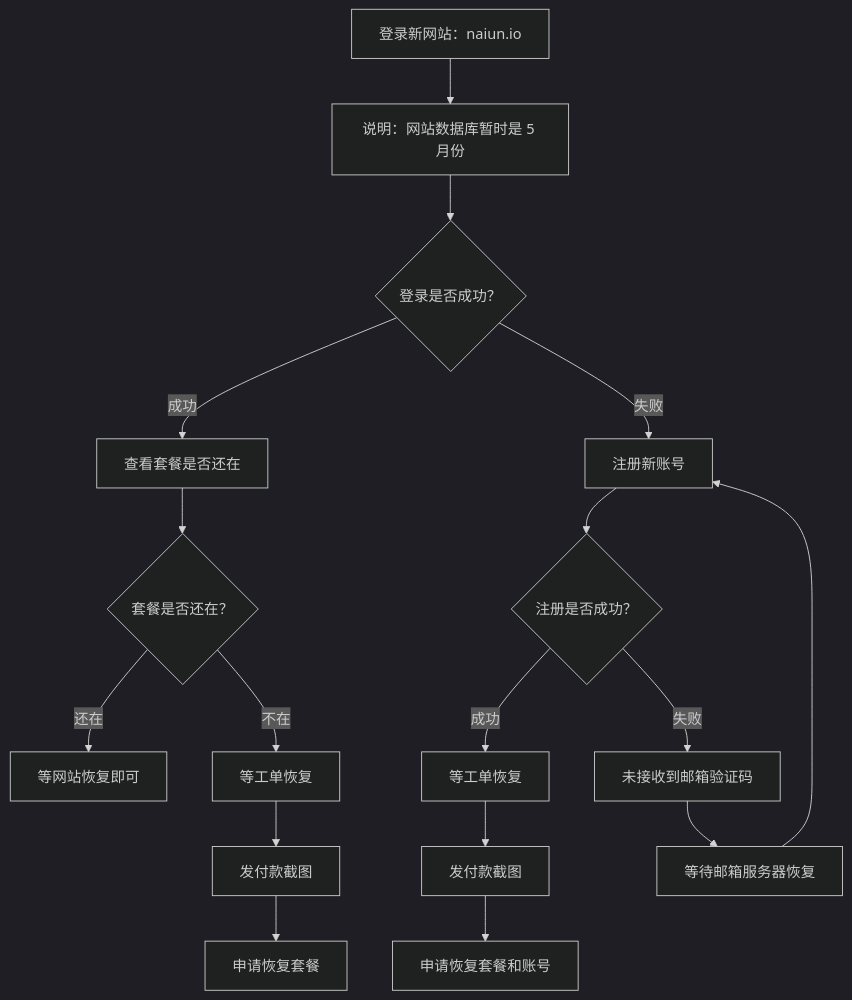
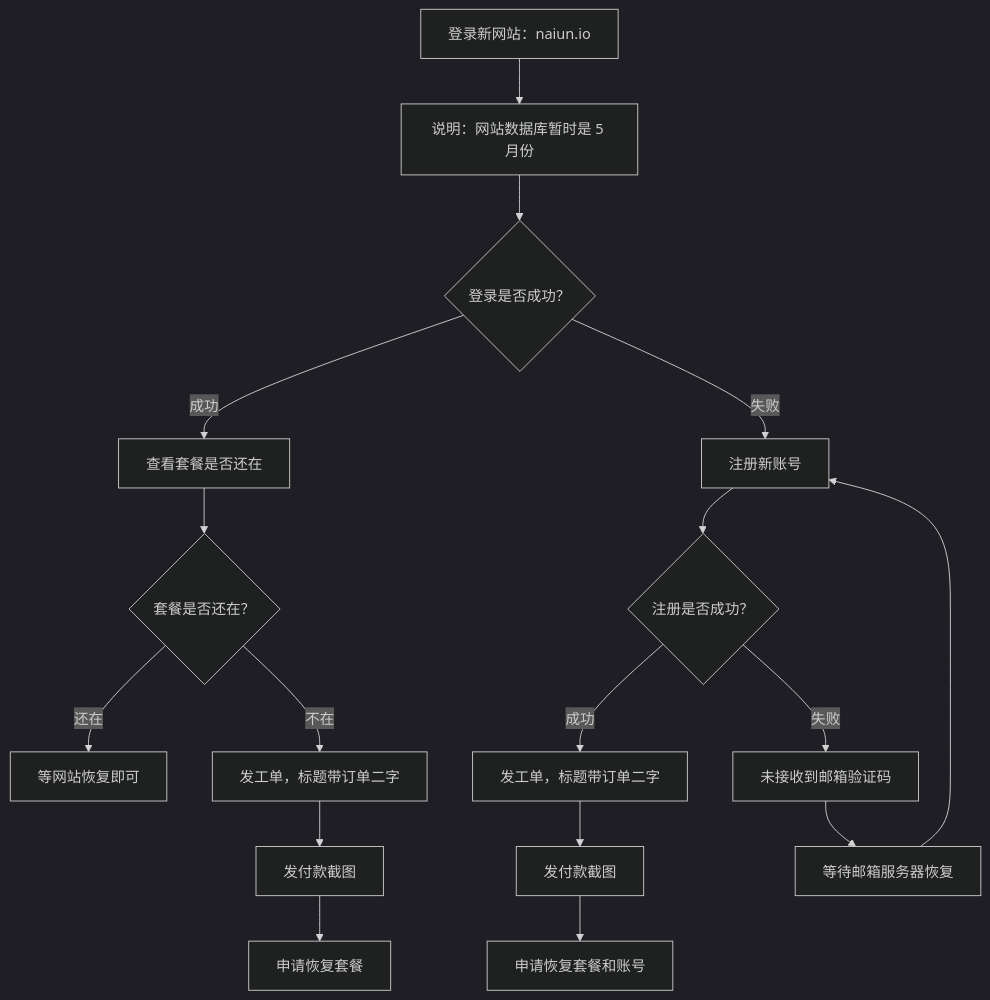
One commit to jdnei/naiyun changed the diagram in README.md. Above: the diagram before and after it, drawn with Mermaid (dark theme).

````diff
--- a/README.md
+++ b/README.md
@@ -153,26 +153,26 @@
 ```mermaid
 flowchart TD
     B[登录新网站：naiun.io]
     B --> C[说明：网站数据库暂时是 5 月份]
     C --> D{登录是否成功？}
 
     D -->|成功| E[查看套餐是否还在]
     E --> F{套餐是否还在？}
 
     F -->|还在| G[等网站恢复即可]
-    F -->|不在| H[等工单恢复]
+    F -->|不在| H[发工单，标题带订单二字]
     H --> I[发付款截图]
     I --> J[申请恢复套餐]
 
     D -->|失败| K[注册新账号]
     K --> L{注册是否成功？}
 
-    L -->|成功| M[等工单恢复]
+    L -->|成功| M[发工单，标题带订单二字]
     M --> N[发付款截图]
     N --> O[申请恢复套餐和账号]
 
     L -->|失败| P[未接收到邮箱验证码]
     P --> Q[等待邮箱服务器恢复]
     Q --> K
     click B "https://naiun.io/#/register?code=KacwlzHN" "打开 naiun.io"
 ```
````
